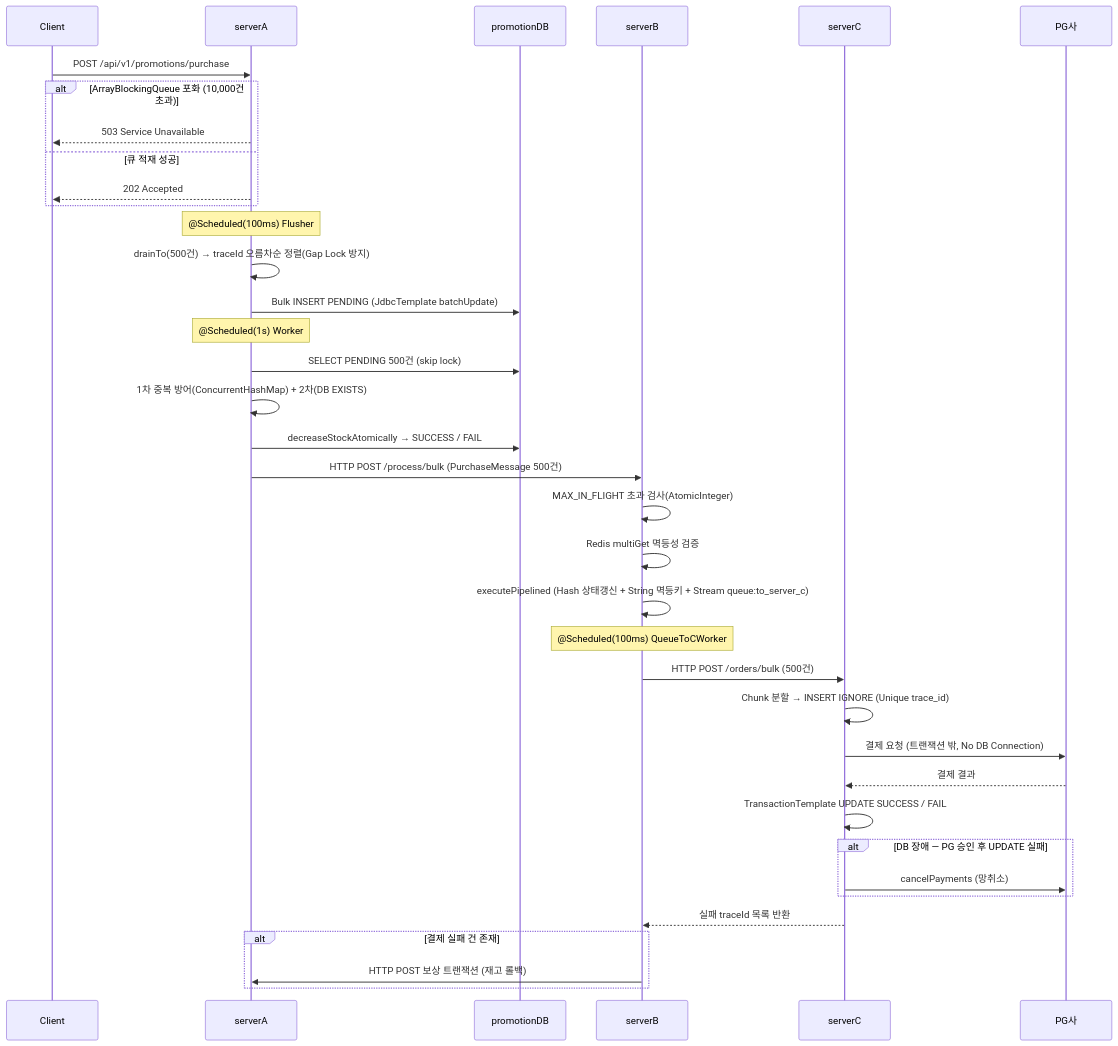
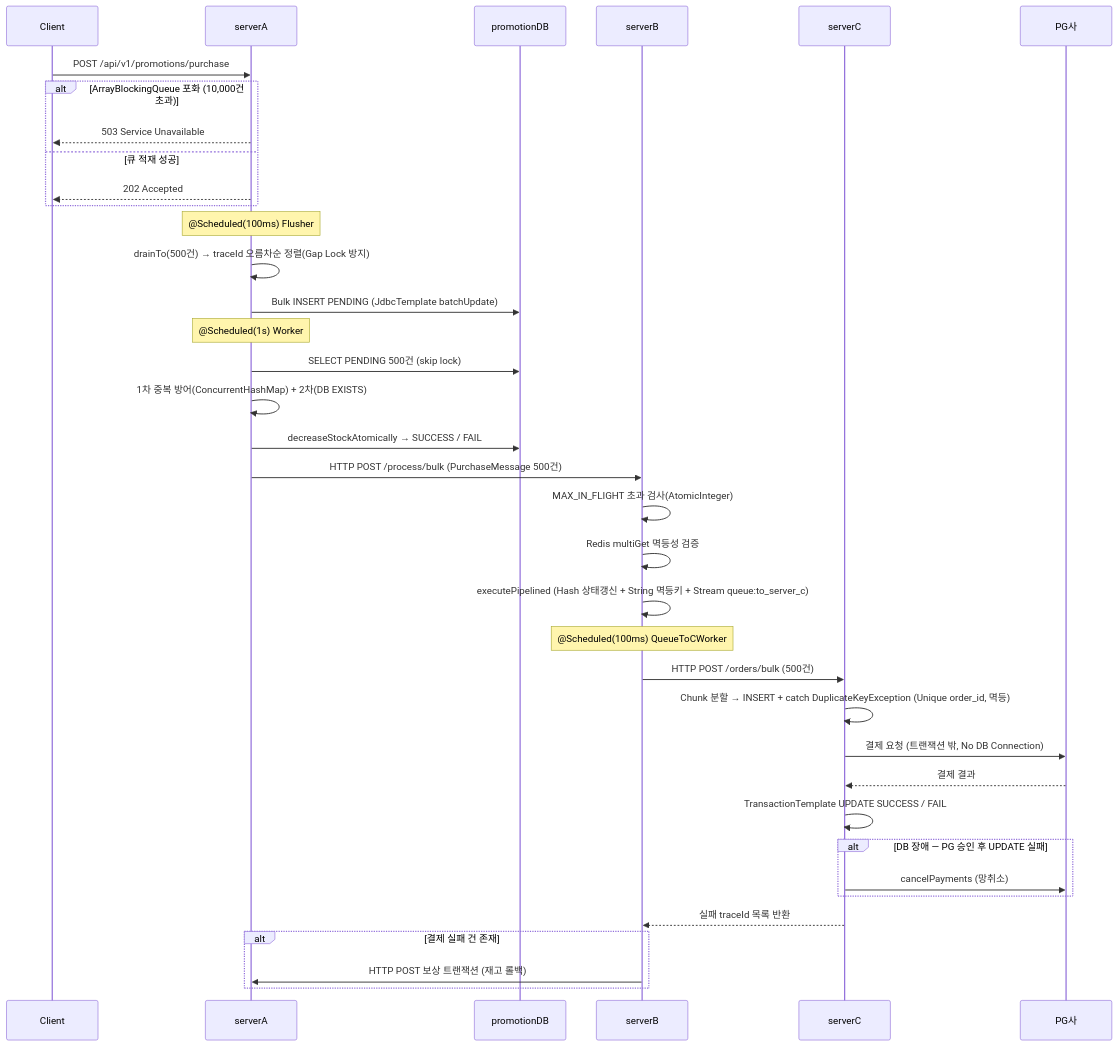
The first of 3 diagrams in README.md (michi2012/goods-promotion-project), drawn with Mermaid before and after one commit. The commit also changed other lines of this file and 1 other file, not shown here.

````diff
--- a/README.md
+++ b/README.md
@@ -70,45 +70,45 @@
 ```mermaid
 sequenceDiagram
     participant C as Client
     participant A as serverA
     participant DB_A as promotionDB
     participant B as serverB
     participant SC as serverC
     participant PG as PG사
 
     C->>A: POST /api/v1/promotions/purchase
     alt ArrayBlockingQueue 포화 (10,000건 초과)
         A-->>C: 503 Service Unavailable
     else 큐 적재 성공
         A-->>C: 202 Accepted
     end
 
     Note over A: @Scheduled(100ms) Flusher
     A->>A: drainTo(500건) → traceId 오름차순 정렬(Gap Lock 방지)
     A->>DB_A: Bulk INSERT PENDING (JdbcTemplate batchUpdate)
 
     Note over A: @Scheduled(1s) Worker
     A->>DB_A: SELECT PENDING 500건 (skip lock)
     A->>A: 1차 중복 방어(ConcurrentHashMap) + 2차(DB EXISTS)
     A->>DB_A: decreaseStockAtomically → SUCCESS / FAIL
     A->>B: HTTP POST /process/bulk (PurchaseMessage 500건)
 
     B->>B: MAX_IN_FLIGHT 초과 검사(AtomicInteger)
     B->>B: Redis multiGet 멱등성 검증
     B->>B: executePipelined (Hash 상태갱신 + String 멱등키 + Stream queue:to_server_c)
 
     Note over B: @Scheduled(100ms) QueueToCWorker
     B->>SC: HTTP POST /orders/bulk (500건)
-    SC->>SC: Chunk 분할 → INSERT IGNORE (Unique trace_id)
+    SC->>SC: Chunk 분할 → INSERT + catch DuplicateKeyException (Unique order_id, 멱등)
     SC->>PG: 결제 요청 (트랜잭션 밖, No DB Connection)
     PG-->>SC: 결제 결과
     SC->>SC: TransactionTemplate UPDATE SUCCESS / FAIL
     alt DB 장애 — PG 승인 후 UPDATE 실패
         SC->>PG: cancelPayments (망취소)
     end
     SC-->>B: 실패 traceId 목록 반환
 
     alt 결제 실패 건 존재
         B->>A: HTTP POST 보상 트랜잭션 (재고 롤백)
     end
 ```
````
